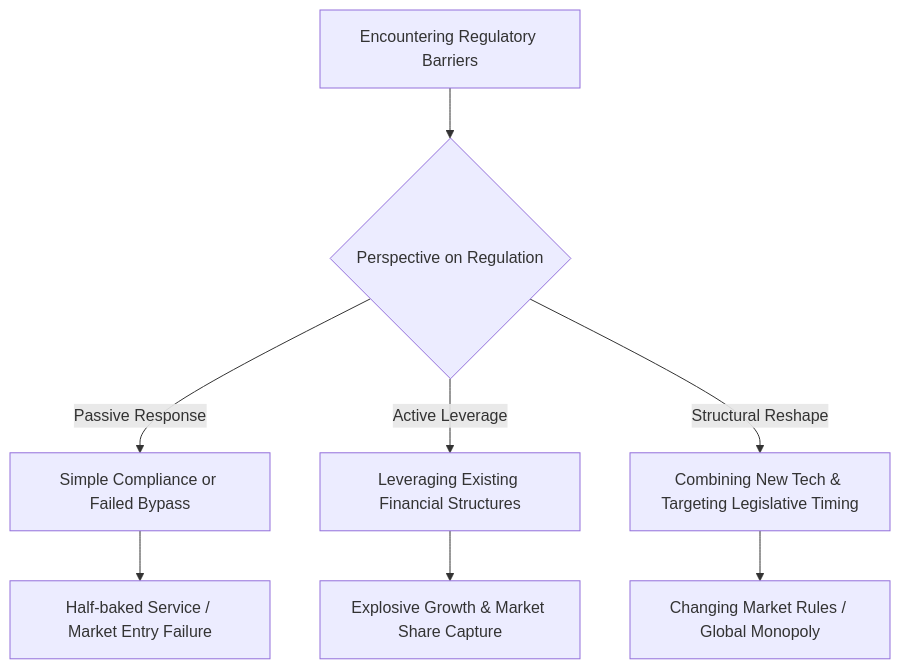
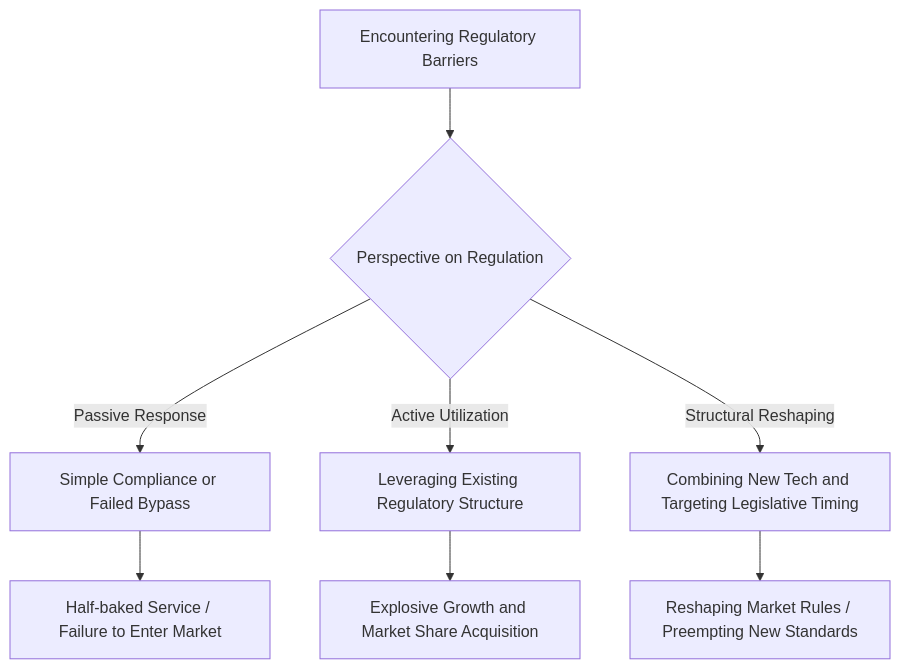
The diagram in content/posts/2026-07-08-비즈니스의-승패를-가르는-진짜-무기-규제를-다루는-능력.en.md (thishw/hw_insight), drawn with Mermaid before and after one commit. The commit also changed other lines of this file, not shown here.

````diff
--- a/content/posts/2026-07-08-비즈니스의-승패를-가르는-진짜-무기-규제를-다루는-능력.en.md
+++ b/content/posts/2026-07-08-비즈니스의-승패를-가르는-진짜-무기-규제를-다루는-능력.en.md
@@ -80,10 +76,10 @@
 ```mermaid
 graph TD
     A[Encountering Regulatory Barriers] --> B{Perspective on Regulation}
     B -->|Passive Response| C[Simple Compliance or Failed Bypass]
-    C --> D[Half-baked Service / Market Entry Failure]
-    B -->|Active Leverage| E[Leveraging Existing Financial Structures]
-    E --> F[Explosive Growth & Market Share Capture]
-    B -->|Structural Reshape| G[Combining New Tech & Targeting Legislative Timing]
-    G --> H[Changing Market Rules / Global Monopoly]
+    C --> D[Half-baked Service / Failure to Enter Market]
+    B -->|Active Utilization| E[Leveraging Existing Regulatory Structure]
+    E --> F[Explosive Growth and Market Share Acquisition]
+    B -->|Structural Reshaping| G[Combining New Tech and Targeting Legislative Timing]
+    G --> H[Reshaping Market Rules / Preempting New Standards]
 ```
````
